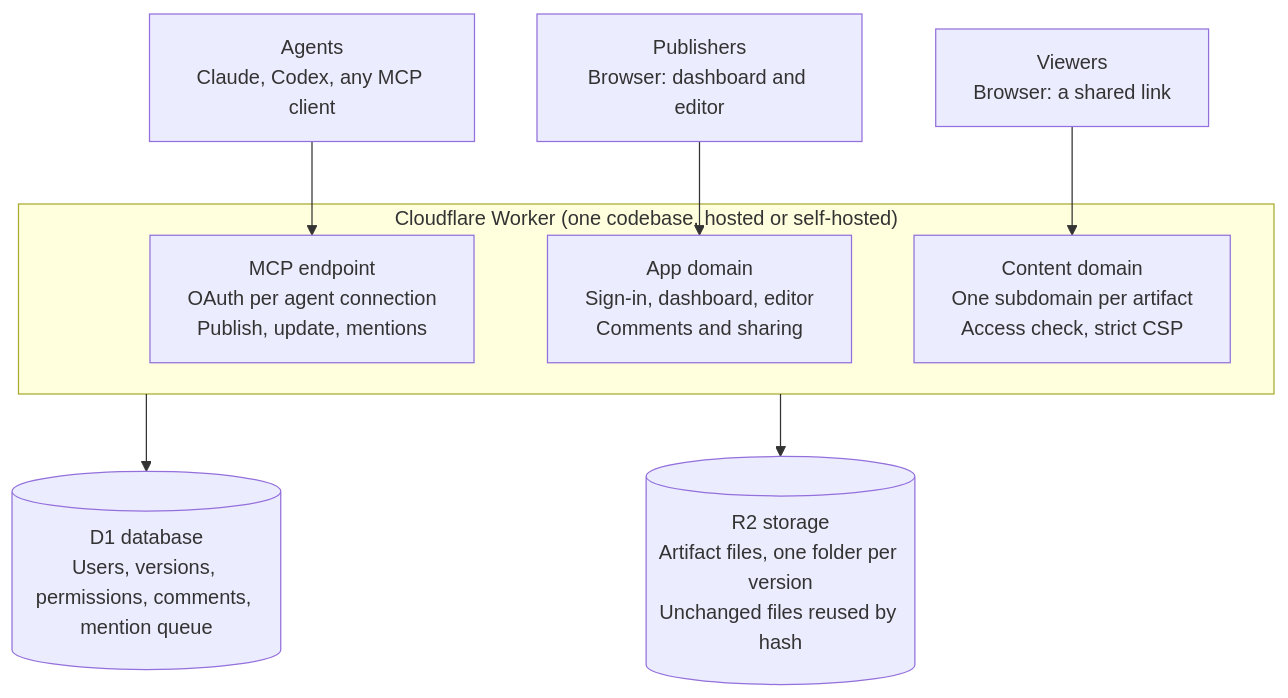
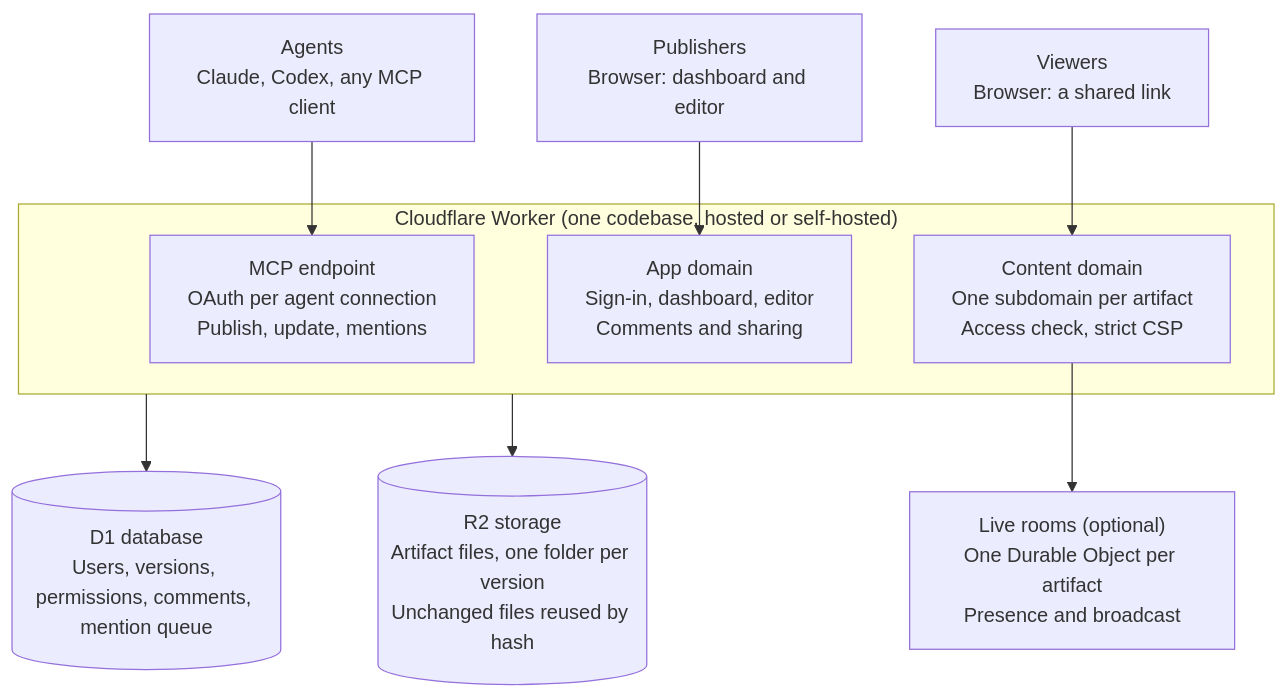
One commit to mr0b0t0/plinth changed the diagram in docs/spec.md. Above: the diagram before and after it, drawn with Mermaid. The commit also changed other lines of this file and 31 other files, not shown here.

First line of the commit message:
Live rooms (#36), step 2: the room primitive on the Worker

````diff
--- a/docs/spec.md
+++ b/docs/spec.md
@@ -72,18 +73,20 @@
 ```mermaid
 flowchart TB
   agents["Agents<br/>Claude, Codex, any MCP client"]
   publishers["Publishers<br/>Browser: dashboard and editor"]
   viewers["Viewers<br/>Browser: a shared link"]
   subgraph worker["Cloudflare Worker (one codebase, hosted or self-hosted)"]
     mcp["MCP endpoint<br/>OAuth per agent connection<br/>Publish, update, mentions"]
     app["App domain<br/>Sign-in, dashboard, editor<br/>Comments and sharing"]
     content["Content domain<br/>One subdomain per artifact<br/>Access check, strict CSP"]
   end
+  rooms["Live rooms (optional)<br/>One Durable Object per artifact<br/>Presence and broadcast"]
   d1[("D1 database<br/>Users, versions, permissions, comments, mention queue")]
   r2[("R2 storage<br/>Artifact files, one folder per version<br/>Unchanged files reused by hash")]
   agents --> mcp
   publishers --> app
   viewers --> content
+  content --> rooms
   worker --> d1
   worker --> r2
 ```
````
